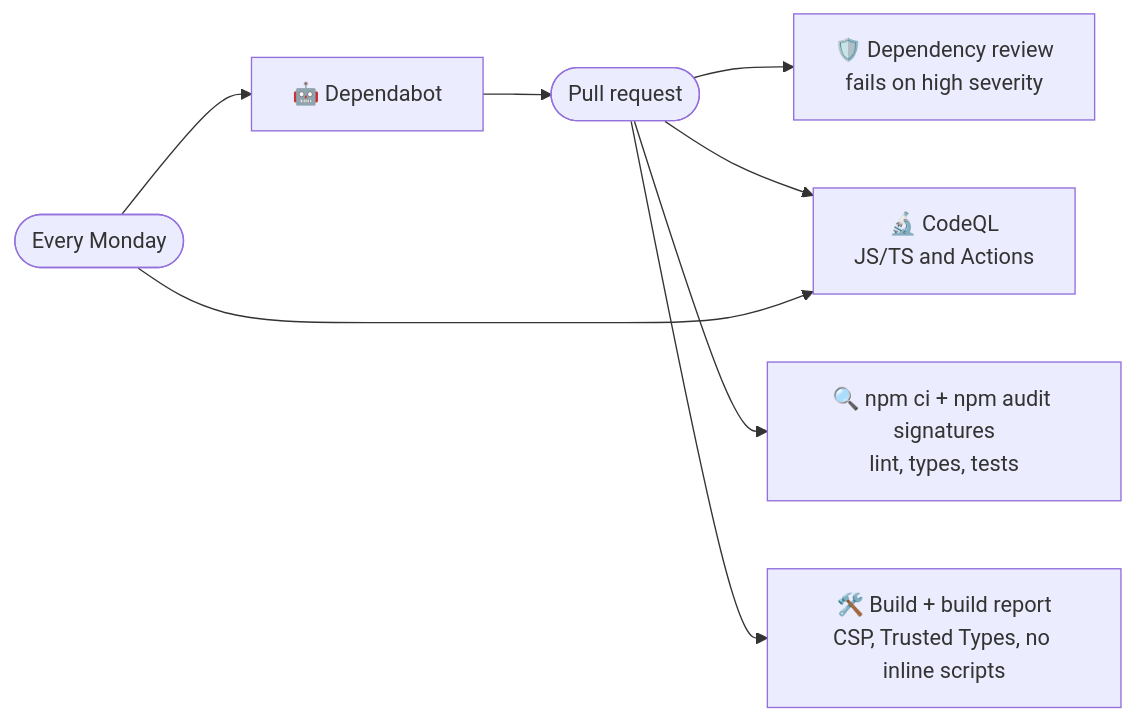
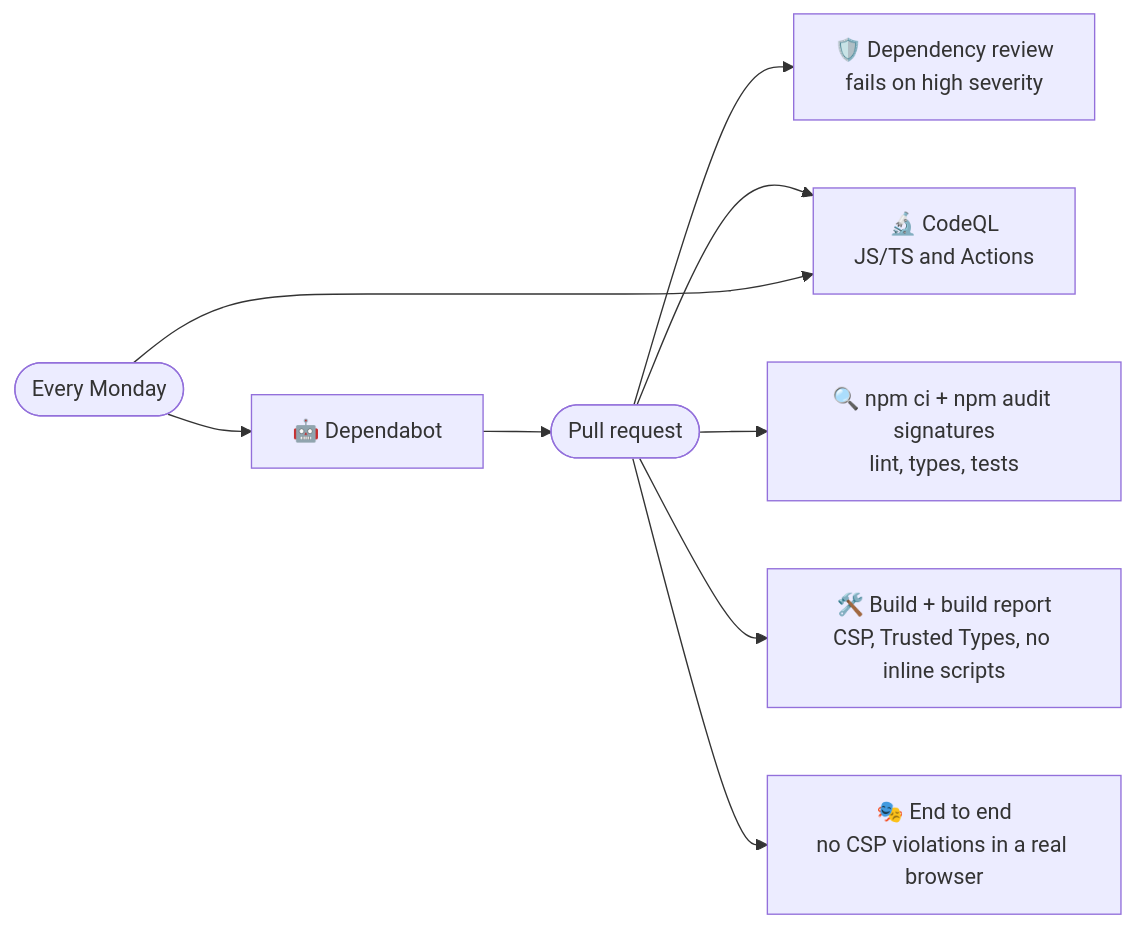
One commit to sacrificed666/react-todo-app changed the second of 2 diagrams in docs/security.md. Above: the diagram before and after it, drawn with Mermaid. The commit also changed other lines of this file and 40 other files, not shown here.

````diff
--- a/docs/security.md
+++ b/docs/security.md
@@ -107,10 +110,11 @@
 ```mermaid
 flowchart LR
   PR([Pull request]) --> Review[🛡️ Dependency review<br/>fails on high severity]
   PR --> CodeQL[🔬 CodeQL<br/>JS/TS and Actions]
   PR --> Verify[🔍 npm ci + npm audit signatures<br/>lint, types, tests]
   PR --> Build[🛠️ Build + build report<br/>CSP, Trusted Types, no inline scripts]
+  PR --> E2E[🎭 End to end<br/>no CSP violations in a real browser]
   Schedule([Every Monday]) --> Dependabot[🤖 Dependabot]
   Schedule --> CodeQL
   Dependabot --> PR
 ```
````
